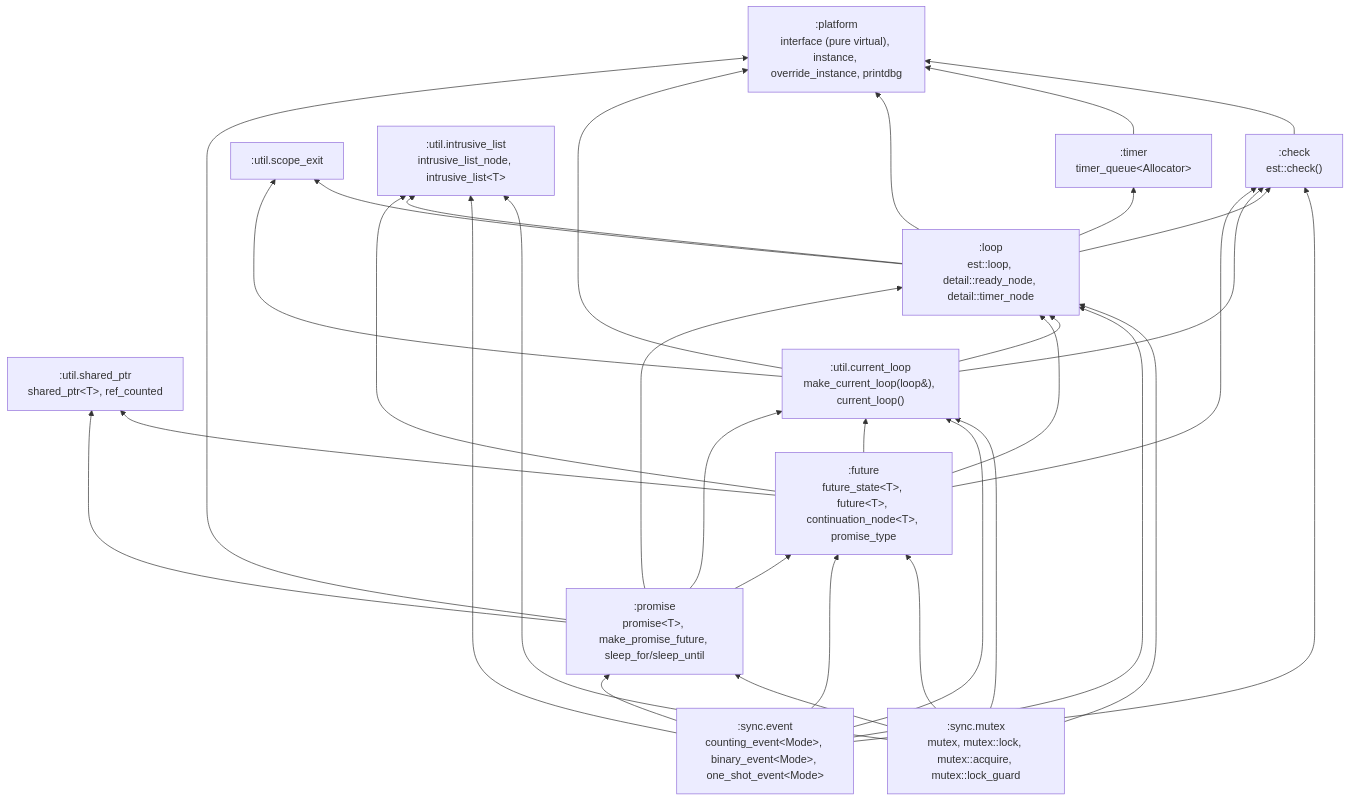
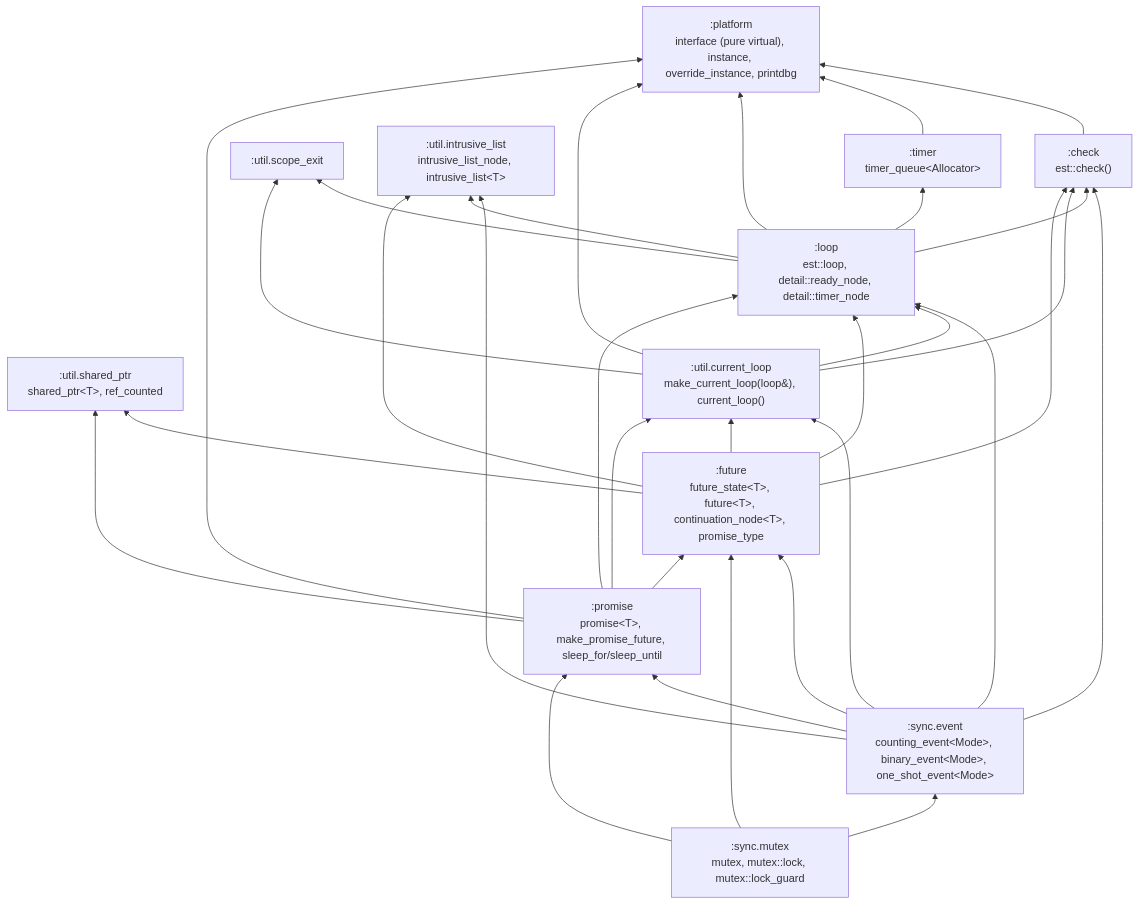
Before and after one commit to andijcr/async_experiments: the first of 2 diagrams in docs/wiki/Architecture.md, drawn with Mermaid. The commit also changed other lines of this file and 12 other files, not shown here.

````diff
--- a/docs/wiki/Architecture.md
+++ b/docs/wiki/Architecture.md
@@ -10,48 +10,46 @@
 ```mermaid
 graph BT
   platform[":platform<br/>interface (pure virtual), instance, override_instance, printdbg"]
   check[":check<br/>est::check()"]
   scope_exit[":util.scope_exit"]
   shared_ptr[":util.shared_ptr<br/>shared_ptr&lt;T&gt;, ref_counted"]
   intrusive_list[":util.intrusive_list<br/>intrusive_list_node, intrusive_list&lt;T&gt;"]
-  mutex[":sync.mutex<br/>mutex, mutex::lock, mutex::acquire, mutex::lock_guard"]
   event[":sync.event<br/>counting_event&lt;Mode&gt;, binary_event&lt;Mode&gt;, one_shot_event&lt;Mode&gt;"]
+  mutex[":sync.mutex<br/>mutex, mutex::lock, mutex::lock_guard"]
   timer[":timer<br/>timer_queue&lt;Allocator&gt;"]
   loop[":loop<br/>est::loop, detail::ready_node, detail::timer_node"]
   current_loop[":util.current_loop<br/>make_current_loop(loop&amp;), current_loop()"]
   future[":future<br/>future_state&lt;T&gt;, future&lt;T&gt;, continuation_node&lt;T&gt;, promise_type"]
   promise[":promise<br/>promise&lt;T&gt;, make_promise_future, sleep_for/sleep_until"]
 
   check --> platform
-  mutex --> intrusive_list
-  mutex --> loop
-  mutex --> future
-  mutex --> promise
-  mutex --> current_loop
   event --> check
   event --> intrusive_list
   event --> loop
   event --> future
   event --> promise
   event --> current_loop
+  mutex --> future
+  mutex --> promise
+  mutex --> event
   timer --> platform
   loop --> check
   loop --> platform
   loop --> intrusive_list
   loop --> timer
   loop --> scope_exit
   current_loop --> check
   current_loop --> loop
   current_loop --> platform
   current_loop --> scope_exit
   future --> check
   future --> loop
   future --> intrusive_list
   future --> shared_ptr
   future --> current_loop
   promise --> future
   promise --> loop
   promise --> platform
   promise --> shared_ptr
   promise --> current_loop
 ```
````
